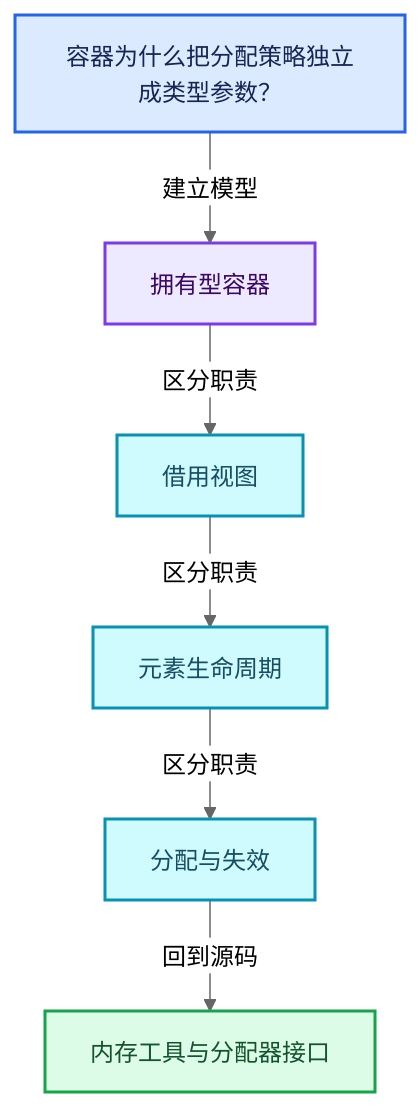
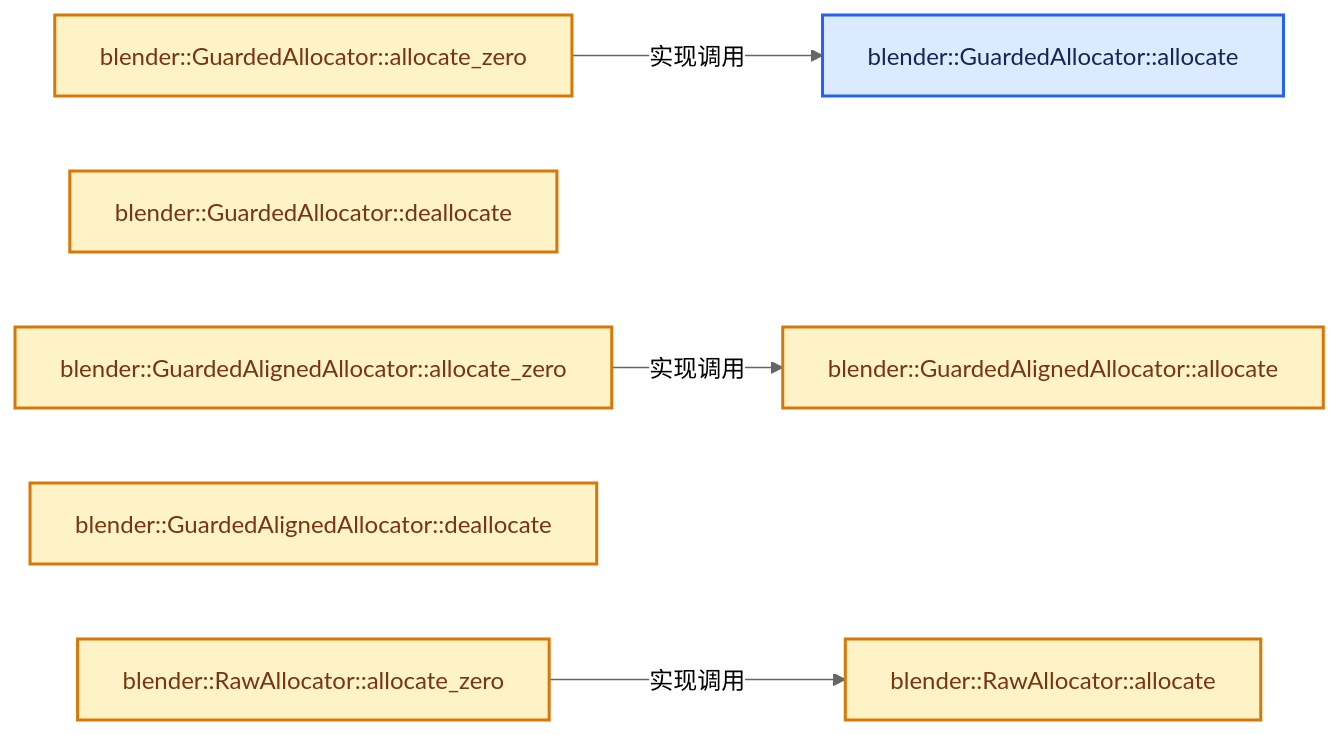
One commit to yunkezengren/blender-.vscode changed the second of 4 diagrams in 杂/markdown/全面学习-codex/01-基础容器与现代CPP/03-内存工具与分配器接口.md. Above: the diagram before and after it, drawn with Mermaid (neutral theme). The commit also changed other lines of this file and 1930 other files, not shown here.

````diff
--- a/杂/markdown/全面学习-codex/01-基础容器与现代CPP/03-内存工具与分配器接口.md
+++ b/杂/markdown/全面学习-codex/01-基础容器与现代CPP/03-内存工具与分配器接口.md
@@ -60,20 +46,20 @@
 ```mermaid
-flowchart TB
-  Q["容器为什么把分配策略独立成类型参数？"]:::input
-  C0["拥有型容器"]:::abstraction
-  C1["借用视图"]:::data
-  C2["元素生命周期"]:::data
-  C3["分配与失效"]:::data
-  R["内存工具与分配器接口"]:::result
-  Q -->|"建立模型"| C0
-  C0 -->|"区分职责"| C1
-  C1 -->|"区分职责"| C2
-  C2 -->|"区分职责"| C3
-  C3 -->|"回到源码"| R
+flowchart LR
+  F0["blender::GuardedAllocator::allocate"]:::input
+  F1["blender::GuardedAllocator::allocate_zero"]:::compute
+  F2["blender::GuardedAllocator::deallocate"]:::compute
+  F3["blender::GuardedAlignedAllocator::allocate"]:::compute
+  F4["blender::GuardedAlignedAllocator::allocate_zero"]:::compute
+  F5["blender::GuardedAlignedAllocator::deallocate"]:::compute
+  F6["blender::RawAllocator::allocate"]:::compute
+  F7["blender::RawAllocator::allocate_zero"]:::compute
+  F1 -->|"实现调用"| F0
+  F4 -->|"实现调用"| F3
+  F7 -->|"实现调用"| F6
   classDef input fill:#DBEAFE,stroke:#2563EB,color:#172554,stroke-width:2px;
   classDef data fill:#CFFAFE,stroke:#0891B2,color:#164E63,stroke-width:2px;
   classDef abstraction fill:#EDE9FE,stroke:#7C3AED,color:#3B0764,stroke-width:2px;
   classDef compute fill:#FEF3C7,stroke:#D97706,color:#78350F,stroke-width:2px;
   classDef result fill:#DCFCE7,stroke:#16A34A,color:#14532D,stroke-width:2px;
   classDef error fill:#FEE2E2,stroke:#DC2626,color:#7F1D1D,stroke-width:2px;
 ```
````
